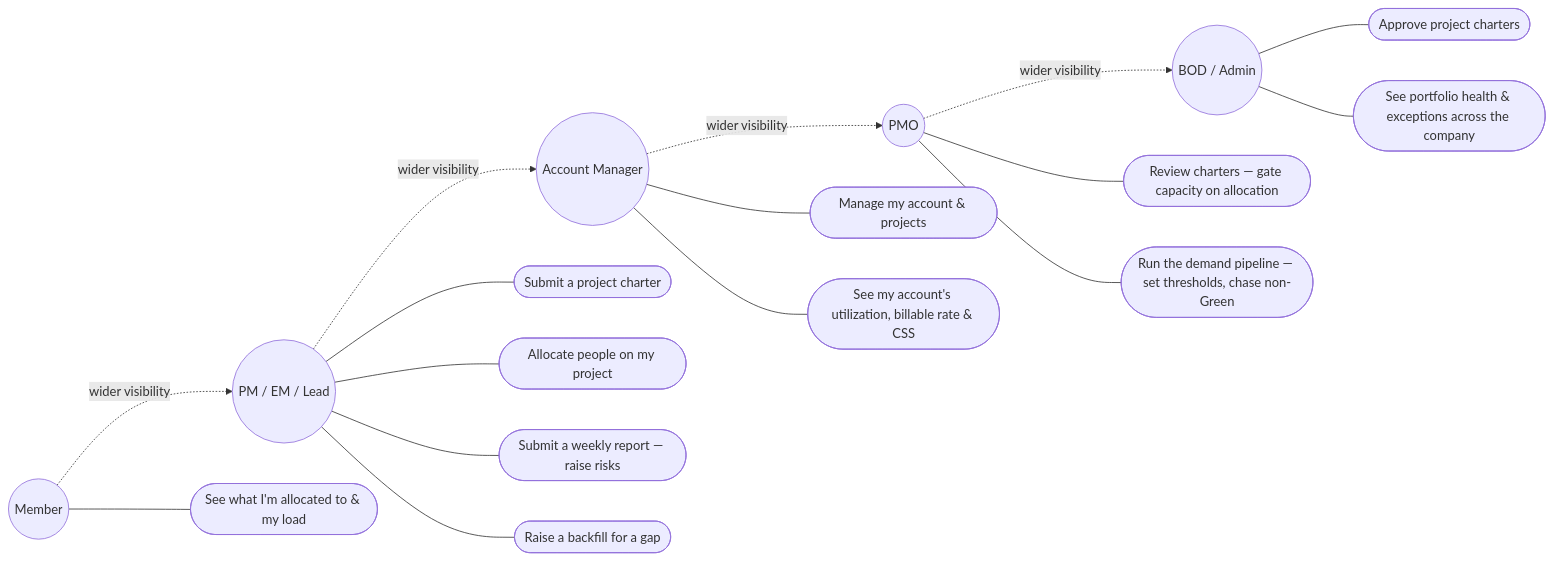
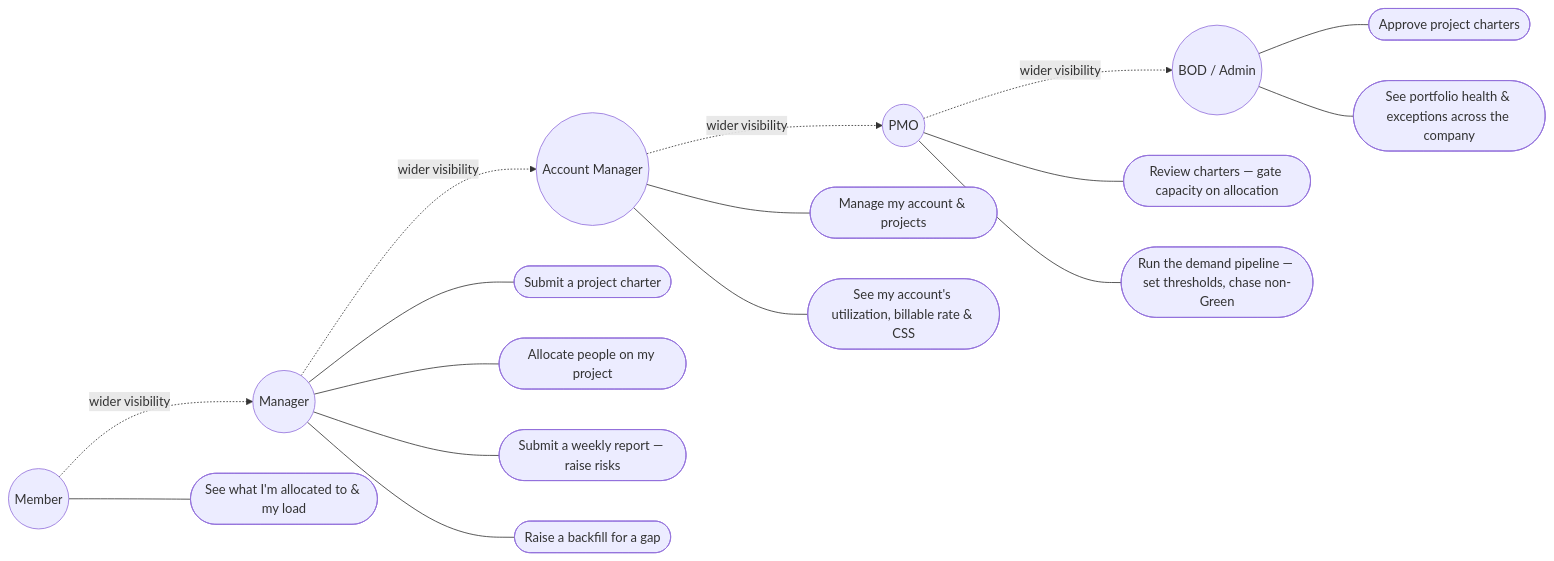
The second of 10 diagrams in docs/modules/PM-PRD.md (Seta-International/agent-platform), drawn with Mermaid before and after one commit. The commit also changed other lines of this file and 5 other files, not shown here.

````diff
--- a/docs/modules/PM-PRD.md
+++ b/docs/modules/PM-PRD.md
@@ -190,29 +196,29 @@
 ```mermaid
 graph LR
   M(("Member"))
-  PM(("PM / EM / Lead"))
+  PM(("Manager"))
   A(("Account Manager"))
   O(("PMO"))
   B(("BOD / Admin"))
 
   M -.->|wider visibility| PM
   PM -.->|wider visibility| A
   A -.->|wider visibility| O
   O -.->|wider visibility| B
 
   M --- m1(["See what I'm allocated to & my load"])
 
   PM --- p1(["Submit a project charter"])
   PM --- p2(["Allocate people on my project"])
   PM --- p3(["Submit a weekly report — raise risks"])
   PM --- p4(["Raise a backfill for a gap"])
 
   A --- a1(["Manage my account & projects"])
   A --- a2(["See my account's utilization, billable rate & CSS"])
 
   O --- o1(["Review charters — gate capacity on allocation"])
   O --- o2(["Run the demand pipeline — set thresholds, chase non-Green"])
 
   B --- b1(["Approve project charters"])
   B --- b2(["See portfolio health & exceptions across the company"])
 ```
````
